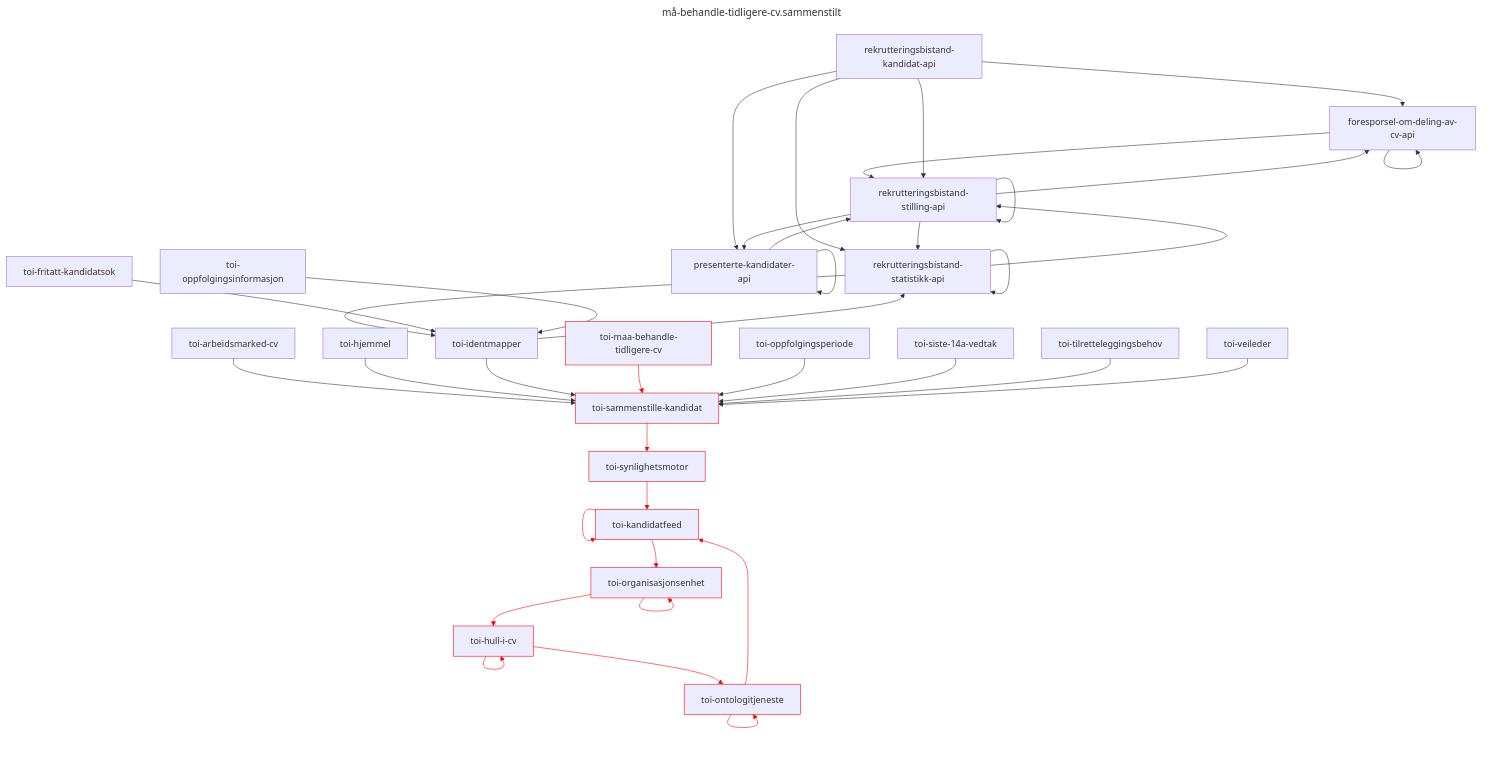
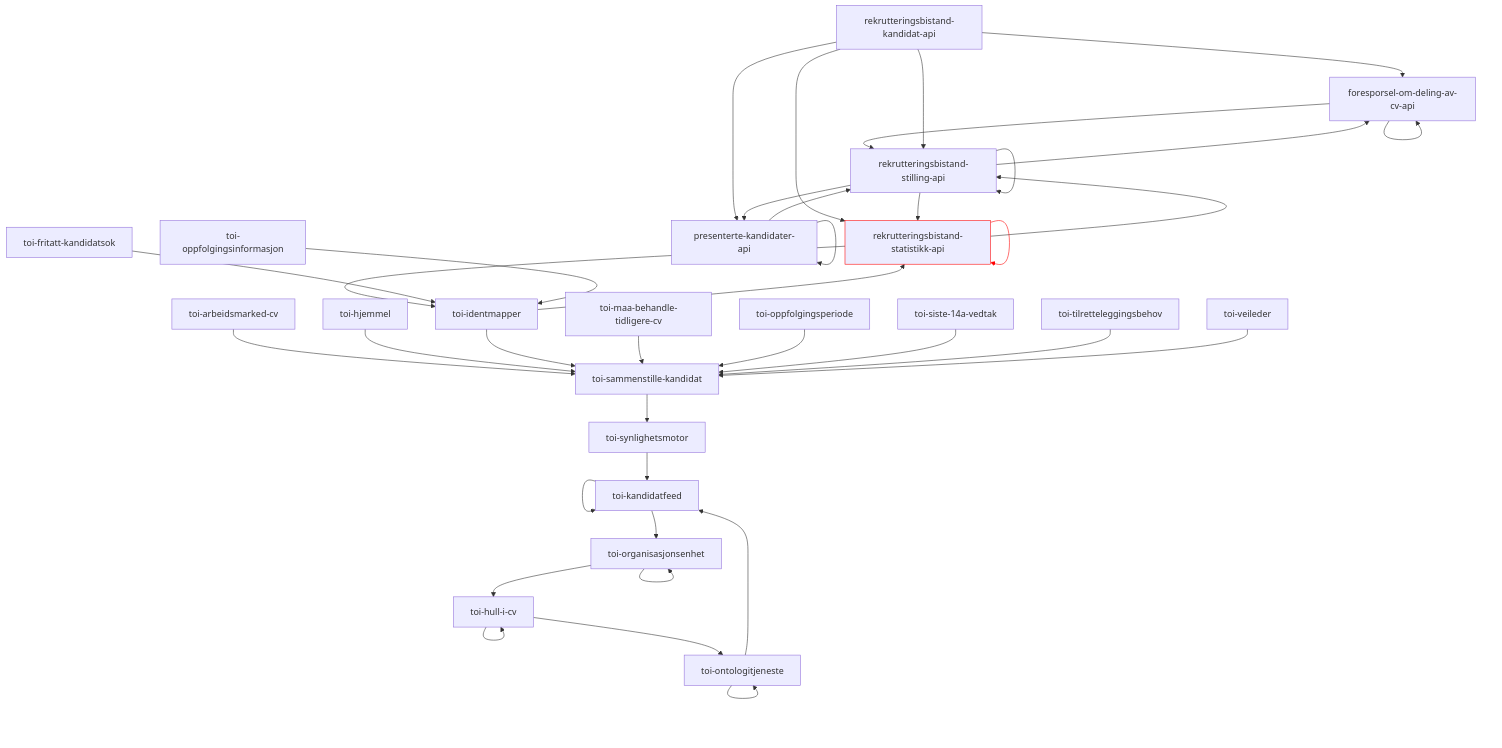
Before and after one commit to navikt/toi-rapids-and-rivers-grapher: diagram 24 of 34 in README.md, drawn with Mermaid. The commit also changed other lines of this file, not shown here.

Commit message:
Oppdater Mermaid utskrift

````diff
--- a/README.md
+++ b/README.md
@@ -714,45 +984,42 @@
 ```mermaid
----
-title: må-behandle-tidligere-cv.sammenstilt
----
 graph TD;
 foresporsel-om-deling-av-cv-api --> foresporsel-om-deling-av-cv-api;
 foresporsel-om-deling-av-cv-api --> rekrutteringsbistand-stilling-api;
 presenterte-kandidater-api --> presenterte-kandidater-api;
 presenterte-kandidater-api --> rekrutteringsbistand-stilling-api;
 rekrutteringsbistand-kandidat-api --> foresporsel-om-deling-av-cv-api;
 rekrutteringsbistand-kandidat-api --> presenterte-kandidater-api;
 rekrutteringsbistand-kandidat-api --> rekrutteringsbistand-statistikk-api;
 rekrutteringsbistand-kandidat-api --> rekrutteringsbistand-stilling-api;
-rekrutteringsbistand-statistikk-api --> rekrutteringsbistand-statistikk-api;
+rekrutteringsbistand-statistikk-api:::x --> rekrutteringsbistand-statistikk-api:::x;
 rekrutteringsbistand-statistikk-api --> rekrutteringsbistand-stilling-api;
 rekrutteringsbistand-statistikk-api --> toi-identmapper;
 rekrutteringsbistand-stilling-api --> foresporsel-om-deling-av-cv-api;
 rekrutteringsbistand-stilling-api --> presenterte-kandidater-api;
 rekrutteringsbistand-stilling-api --> rekrutteringsbistand-statistikk-api;
 rekrutteringsbistand-stilling-api --> rekrutteringsbistand-stilling-api;
 toi-arbeidsmarked-cv --> toi-sammenstille-kandidat;
 toi-fritatt-kandidatsok --> toi-identmapper;
 toi-hjemmel --> toi-sammenstille-kandidat;
-toi-hull-i-cv:::x --> toi-hull-i-cv:::x;
-toi-hull-i-cv:::x --> toi-ontologitjeneste:::x;
+toi-hull-i-cv --> toi-hull-i-cv;
+toi-hull-i-cv --> toi-ontologitjeneste;
 toi-identmapper --> rekrutteringsbistand-statistikk-api;
 toi-identmapper --> toi-sammenstille-kandidat;
-toi-kandidatfeed:::x --> toi-kandidatfeed:::x;
-toi-kandidatfeed:::x --> toi-organisasjonsenhet:::x;
-toi-maa-behandle-tidligere-cv:::x --> toi-sammenstille-kandidat:::x;
-toi-ontologitjeneste:::x --> toi-kandidatfeed:::x;
-toi-ontologitjeneste:::x --> toi-ontologitjeneste:::x;
+toi-kandidatfeed --> toi-kandidatfeed;
+toi-kandidatfeed --> toi-organisasjonsenhet;
+toi-maa-behandle-tidligere-cv --> toi-sammenstille-kandidat;
+toi-ontologitjeneste --> toi-kandidatfeed;
+toi-ontologitjeneste --> toi-ontologitjeneste;
 toi-oppfolgingsinformasjon --> toi-identmapper;
 toi-oppfolgingsperiode --> toi-sammenstille-kandidat;
-toi-organisasjonsenhet:::x --> toi-hull-i-cv:::x;
-toi-organisasjonsenhet:::x --> toi-organisasjonsenhet:::x;
-toi-sammenstille-kandidat:::x --> toi-synlighetsmotor:::x;
+toi-organisasjonsenhet --> toi-hull-i-cv;
+toi-organisasjonsenhet --> toi-organisasjonsenhet;
+toi-sammenstille-kandidat --> toi-synlighetsmotor;
 toi-siste-14a-vedtak --> toi-sammenstille-kandidat;
-toi-synlighetsmotor:::x --> toi-kandidatfeed:::x;
+toi-synlighetsmotor --> toi-kandidatfeed;
 toi-tilretteleggingsbehov --> toi-sammenstille-kandidat;
 toi-veileder --> toi-sammenstille-kandidat;
 
-linkStyle 18,19,22,23,24,25,26,29,30,31,33 stroke:red;
+linkStyle 8 stroke:red;
 classDef x stroke: red;
 ```
````
